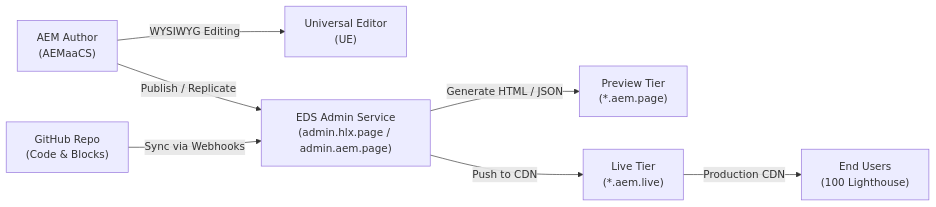
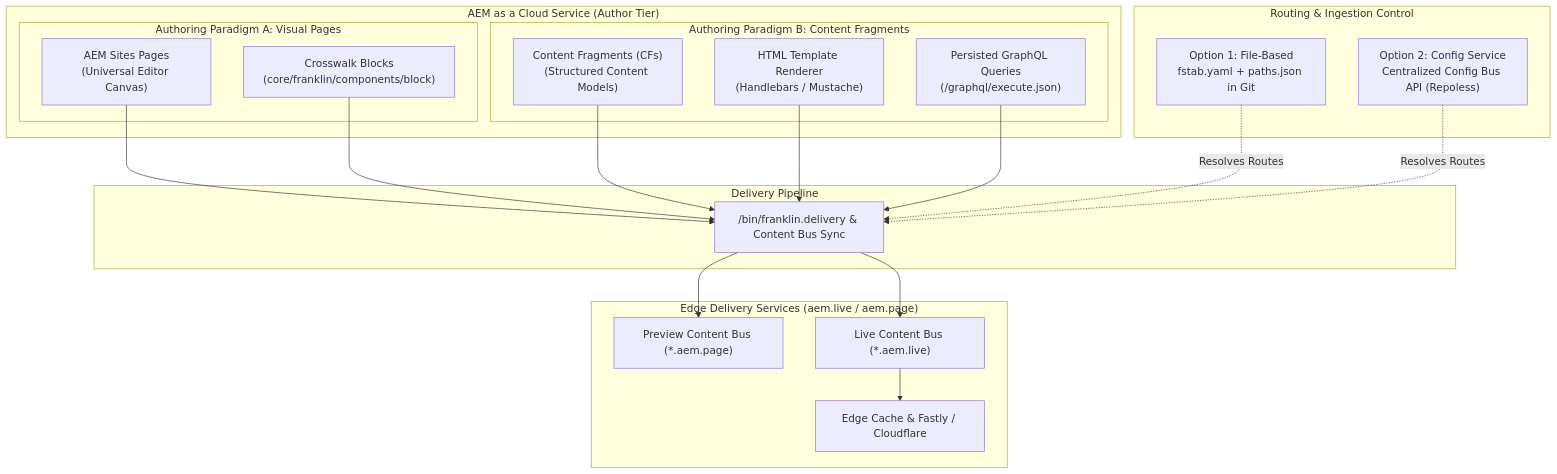
Before and after one commit to harshavrdhnm/eds-aem-universale-ecommerce-dev: the first of 5 diagrams in aem-eds-content-source-cheatsheet.md, drawn with Mermaid. The commit also changed other lines of this file and 5 other files, not shown here.

````diff
--- a/aem-eds-content-source-cheatsheet.md
+++ b/aem-eds-content-source-cheatsheet.md
@@ -9,9 +9,38 @@
 ```mermaid
-flowchart LR
-    A["AEM Author<br/>(AEMaaCS)"] -->|"WYSIWYG Editing"| B["Universal Editor<br/>(UE)"]
-    A -->|"Publish / Replicate"| C["EDS Admin Service<br/>(admin.hlx.page / admin.aem.page)"]
-    C -->|"Generate HTML / JSON"| D["Preview Tier<br/>(*.aem.page)"]
-    C -->|"Push to CDN"| E["Live Tier<br/>(*.aem.live)"]
-    E -->|"Production CDN"| F["End Users<br/>(100 Lighthouse)"]
-    G["GitHub Repo<br/>(Code & Blocks)"] -->|"Sync via Webhooks"| C
+flowchart TB
+    subgraph AEM_Authoring ["AEM as a Cloud Service (Author Tier)"]
+        subgraph Paradigm_1 ["Authoring Paradigm A: Visual Pages"]
+            P1["AEM Sites Pages<br/>(Universal Editor Canvas)"]
+            P1_Comp["Crosswalk Blocks<br/>(core/franklin/components/block)"]
+        end
+
+        subgraph Paradigm_2 ["Authoring Paradigm B: Content Fragments"]
+            P2["Content Fragments (CFs)<br/>(Structured Content Models)"]
+            P2_Tpl["HTML Template Renderer<br/>(Handlebars / Mustache)"]
+            P2_GQL["Persisted GraphQL Queries<br/>(/graphql/execute.json)"]
+        end
+    end
+
+    subgraph Config_Control ["Routing & Ingestion Control"]
+        C_File["Option 1: File-Based<br/>fstab.yaml + paths.json in Git"]
+        C_Service["Option 2: Config Service<br/>Centralized Config Bus API (Repoless)"]
+    end
+
+    subgraph Sync_Engine ["Delivery Pipeline"]
+        SyncServlet["/bin/franklin.delivery & Content Bus Sync"]
+    end
+
+    subgraph Edge_Tiers ["Edge Delivery Services (aem.live / aem.page)"]
+        CB_Preview["Preview Content Bus (*.aem.page)"]
+        CB_Live["Live Content Bus (*.aem.live)"]
+        EdgeCDN["Edge Cache & Fastly / Cloudflare"]
+    end
+
+    P1 & P1_Comp --> SyncServlet
+    P2 & P2_Tpl & P2_GQL --> SyncServlet
+    C_File -.->|Resolves Routes| SyncServlet
+    C_Service -.->|Resolves Routes| SyncServlet
+    SyncServlet --> CB_Preview
+    SyncServlet --> CB_Live
+    CB_Live --> EdgeCDN
 ```
````
